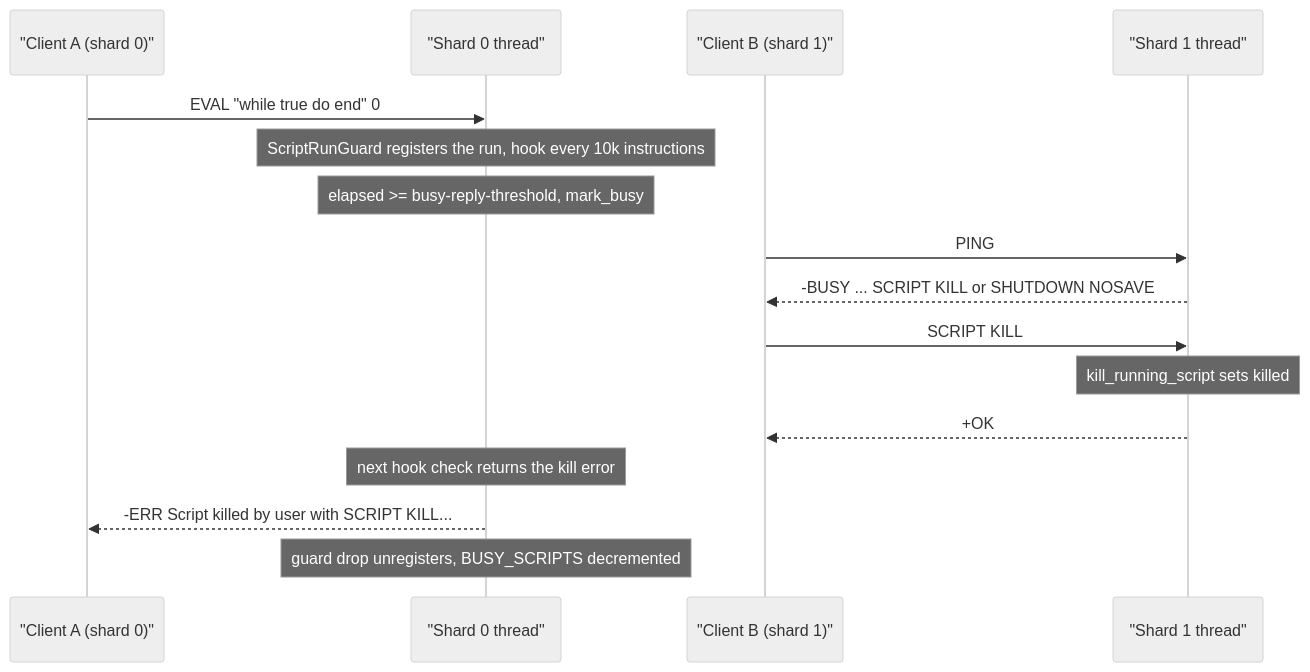
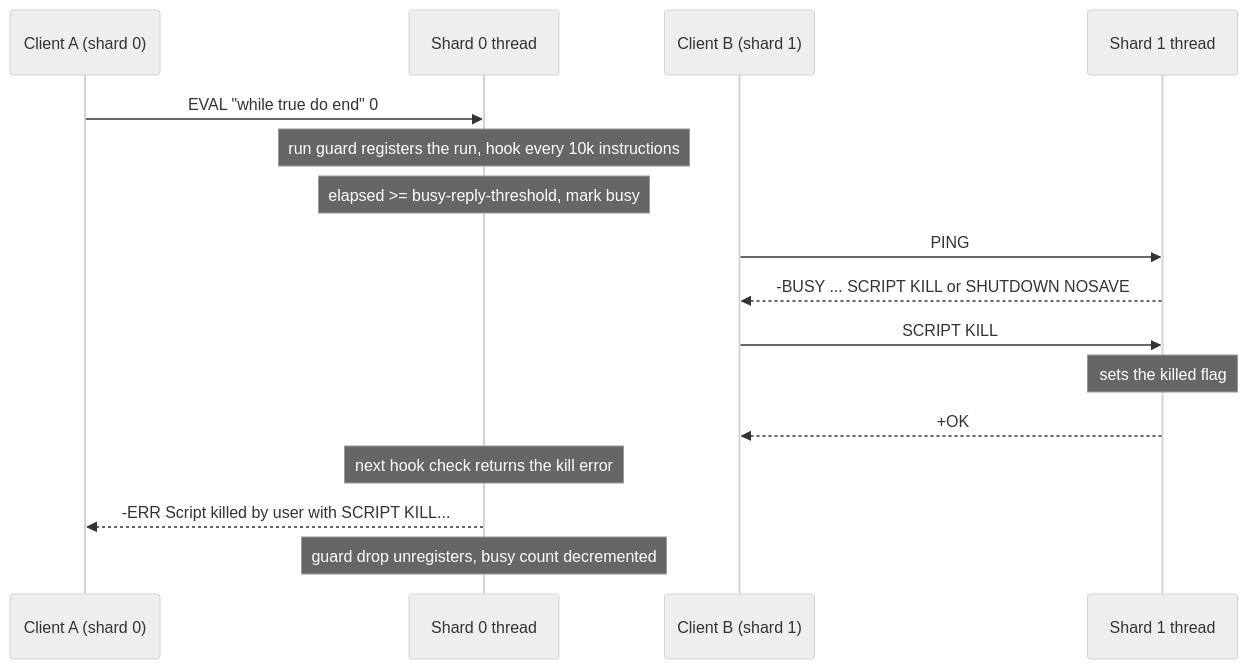
The third of 3 diagrams in docs/internal/13_scripting_functions.md (warrenzhu25/rudis), drawn with Mermaid (neutral theme) before and after one commit. The commit also changed other lines of this file, not shown here.

````diff
--- a/docs/internal/13_scripting_functions.md
+++ b/docs/internal/13_scripting_functions.md
@@ -555,18 +494,18 @@
 ```mermaid
 sequenceDiagram
-    participant A as "Client A (shard 0)"
-    participant S0 as "Shard 0 thread"
-    participant B as "Client B (shard 1)"
-    participant S1 as "Shard 1 thread"
+    participant A as Client A (shard 0)
+    participant S0 as Shard 0 thread
+    participant B as Client B (shard 1)
+    participant S1 as Shard 1 thread
     A->>S0: EVAL "while true do end" 0
-    Note over S0: ScriptRunGuard registers the run, hook every 10k instructions
-    Note over S0: elapsed >= busy-reply-threshold, mark_busy
+    Note over S0: run guard registers the run, hook every 10k instructions
+    Note over S0: elapsed >= busy-reply-threshold, mark busy
     B->>S1: PING
     S1-->>B: -BUSY ... SCRIPT KILL or SHUTDOWN NOSAVE
     B->>S1: SCRIPT KILL
-    Note over S1: kill_running_script sets killed
+    Note over S1: sets the killed flag
     S1-->>B: +OK
     Note over S0: next hook check returns the kill error
     S0-->>A: -ERR Script killed by user with SCRIPT KILL...
-    Note over S0: guard drop unregisters, BUSY_SCRIPTS decremented
+    Note over S0: guard drop unregisters, busy count decremented
 ```
````
